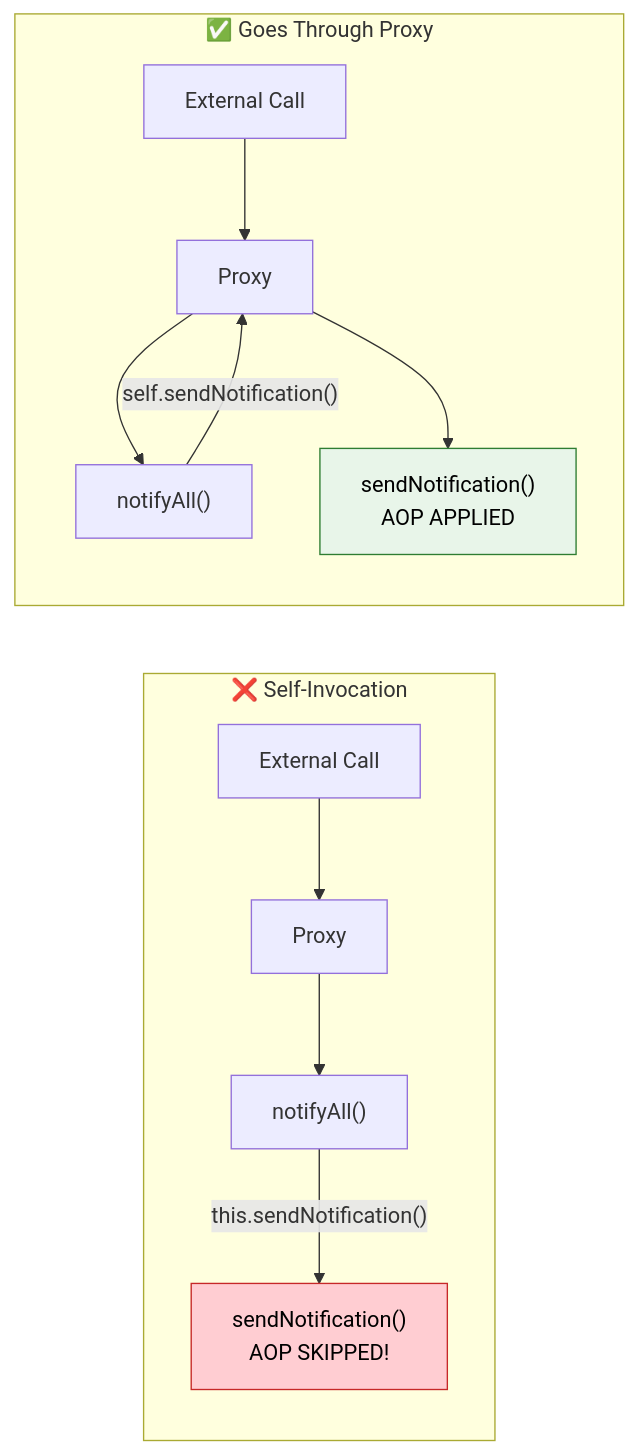
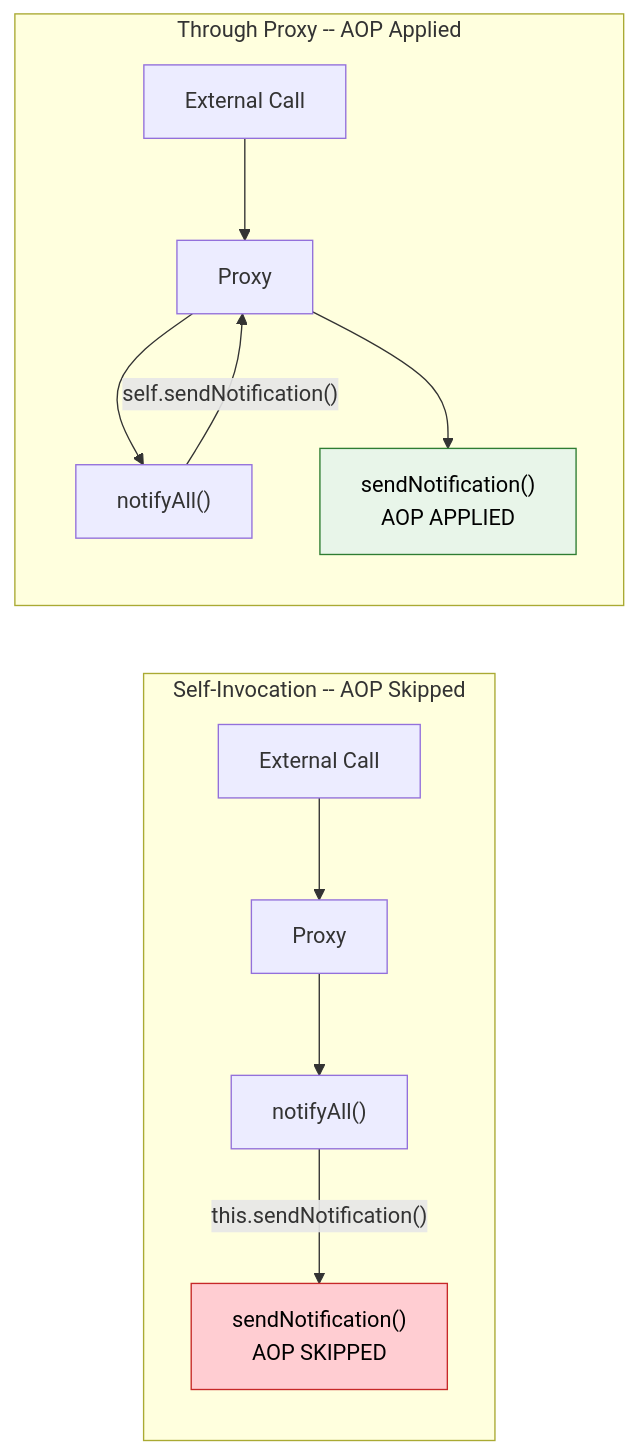
The fifth of 6 diagrams in docs/springboot/aop.md (saivamsikaruturi/vamsilabs-dev-notes-main), drawn with Mermaid before and after one commit. The commit also changed other lines of this file and 146 other files, not shown here.

Commit message:
Horizontal diagrams, UML class diagrams, typography overhaul, and permalink cleanup

````diff
--- a/docs/springboot/aop.md
+++ b/docs/springboot/aop.md
@@ -656,16 +532,16 @@
 ```mermaid
 flowchart LR
-    subgraph Problem["❌ Self-Invocation"]
+    subgraph Problem["Self-Invocation -- AOP Skipped"]
         E["External Call"] --> P["Proxy"] --> T["notifyAll()"]
-        T -->|"this.sendNotification()"| T2["sendNotification()<br/>AOP SKIPPED!"]
+        T -->|"this.sendNotification()"| T2["sendNotification()<br/>AOP SKIPPED"]
     end
 
-    subgraph Fix["✅ Goes Through Proxy"]
+    subgraph Fix["Through Proxy -- AOP Applied"]
         E2["External Call"] --> P2["Proxy"] --> T3["notifyAll()"]
         T3 -->|"self.sendNotification()"| P2
         P2 --> T4["sendNotification()<br/>AOP APPLIED"]
     end
 
     style T2 fill:#FFCDD2,stroke:#C62828,color:#000
     style T4 fill:#E8F5E9,stroke:#2E7D32,color:#000
 ```
````
